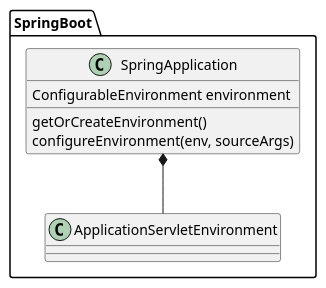
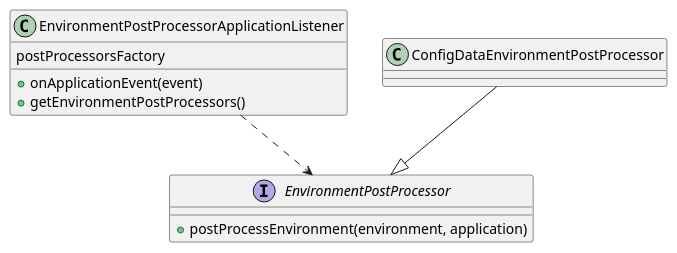
One commit to kevinwang930/kevinwang930.github.io changed the sixth of 12 diagrams in content/post/java/spring/spring-boot.md. Above: the diagram before and after it, drawn with PlantUML. The commit also changed other lines of this file and 2 other files, not shown here.

````diff
--- a/content/post/java/spring/spring-boot.md
+++ b/content/post/java/spring/spring-boot.md
@@ -200,12 +321,15 @@
 ```plantuml
-
-package SpringBoot {
-    class SpringApplication  {
-        ConfigurableEnvironment environment
-        getOrCreateEnvironment()
-        configureEnvironment(env, sourceArgs)
-    }
-    class ApplicationServletEnvironment
-SpringApplication *-- ApplicationServletEnvironment
+@startuml
+class EnvironmentPostProcessorApplicationListener {
+  postProcessorsFactory
+  +onApplicationEvent(event)
+  +getEnvironmentPostProcessors()
 }
+interface EnvironmentPostProcessor {
+  +postProcessEnvironment(environment, application)
+}
+class ConfigDataEnvironmentPostProcessor
+EnvironmentPostProcessorApplicationListener ..> EnvironmentPostProcessor
+ConfigDataEnvironmentPostProcessor --|> EnvironmentPostProcessor
+@enduml
 ```
````
